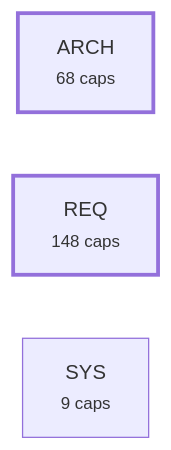
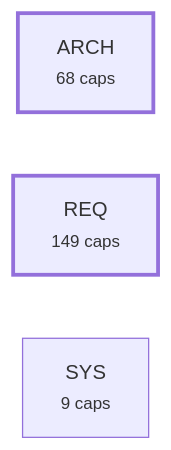
The fourth of 5 diagrams in plugin/requirements/_map.md (alxmax/Requirement-manager), drawn with Mermaid before and after one commit. The commit also changed other lines of this file and 10 other files, not shown here.

````diff
--- a/plugin/requirements/_map.md
+++ b/plugin/requirements/_map.md
@@ -932,8 +933,8 @@
 ```mermaid
 graph LR
   a_ARCH["ARCH<br><small>68 caps</small>"]
-  a_REQ["REQ<br><small>148 caps</small>"]
+  a_REQ["REQ<br><small>149 caps</small>"]
   a_SYS["SYS<br><small>9 caps</small>"]
   style a_ARCH stroke-width:3px
   style a_REQ stroke-width:3px
 ```
````
